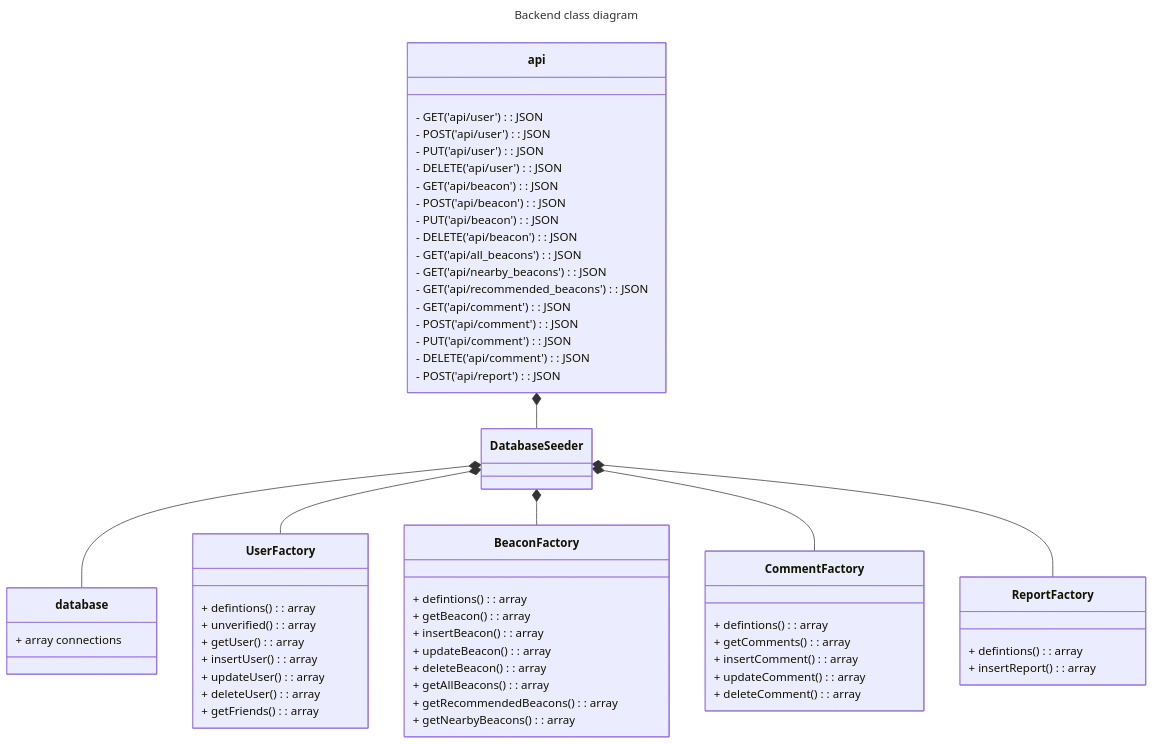
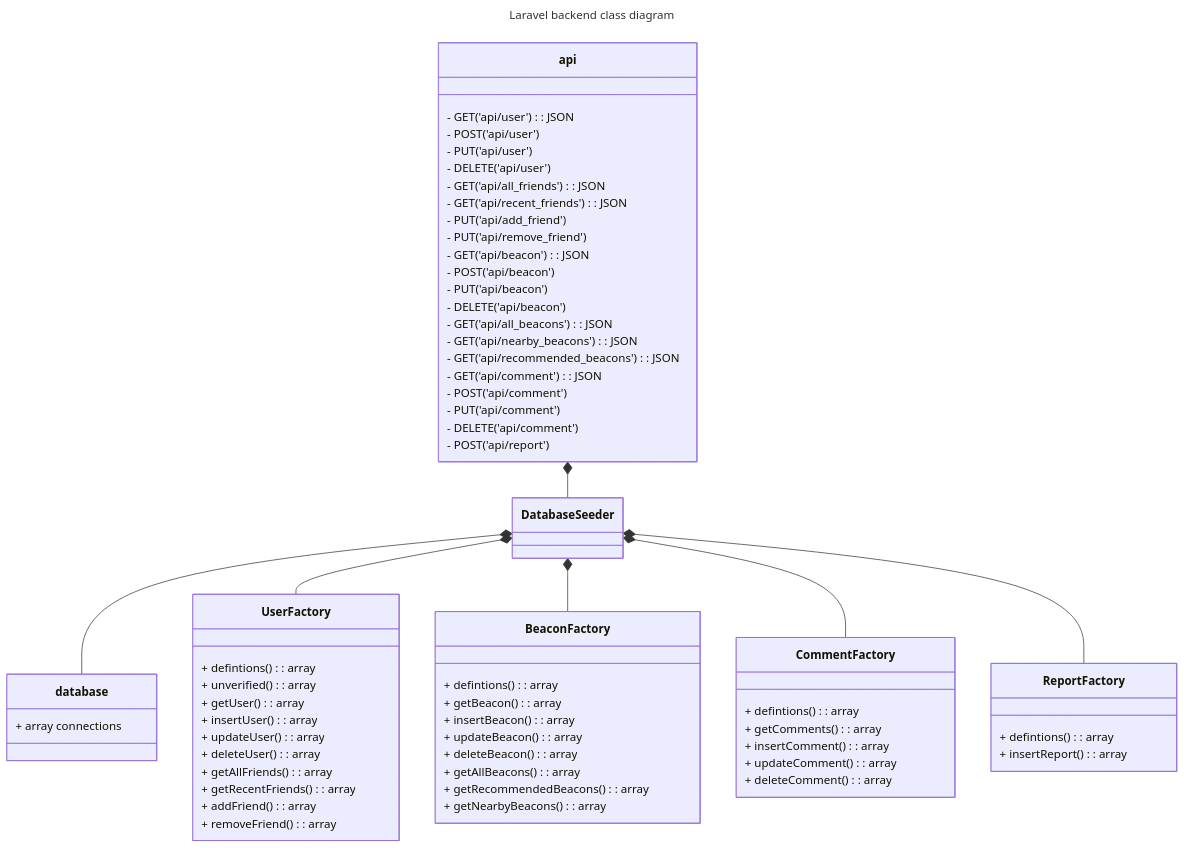
One commit to jenniferlieu/project-lomo-in-person-gaming-app changed the tenth of 10 diagrams in documentation/docs/system-architecture/classdiagrams.md. Above: the diagram before and after it, drawn with Mermaid. The commit also changed other lines of this file and 3 other files, not shown here.

Commit message:
Add description to frontend class diagram

````diff
--- a/documentation/docs/system-architecture/classdiagrams.md
+++ b/documentation/docs/system-architecture/classdiagrams.md
@@ -99,54 +245,45 @@
 ```mermaid
 ---
-title: Backend class diagram
+title: Laravel backend class diagram
 ---
 classDiagram
-    %% -- establish connections -- %%
-
-    %% top level connections %%%
     api *-- DatabaseSeeder
 
-    %% database connections %%
     DatabaseSeeder *-- database
     DatabaseSeeder *-- UserFactory
     DatabaseSeeder *-- BeaconFactory
     DatabaseSeeder *-- CommentFactory
     DatabaseSeeder *-- ReportFactory
     
-    %% --------------------------------- %%
-    %% -- class variables and methods -- %%
+    class api {
+        - GET('api/user'): JSON
+        - POST('api/user')
+        - PUT('api/user')
+        - DELETE('api/user')
+        - GET('api/all_friends'): JSON
+        - GET('api/recent_friends'): JSON
+        - PUT('api/add_friend')
+        - PUT('api/remove_friend')
 
-    class api {
-        %% UserFactory %%
-        - GET('api/user'): JSON
-        - POST('api/user'): JSON
-        - PUT('api/user'): JSON
-        - DELETE('api/user'): JSON
-
-        %% BeaconFactory %%
         - GET('api/beacon'): JSON
-        - POST('api/beacon'): JSON
-        - PUT('api/beacon'): JSON
-        - DELETE('api/beacon'): JSON
+        - POST('api/beacon')
+        - PUT('api/beacon')
+        - DELETE('api/beacon')
         - GET('api/all_beacons'): JSON
         - GET('api/nearby_beacons'): JSON
         - GET('api/recommended_beacons'): JSON
 
-        %% CommentFactory %%
         - GET('api/comment'): JSON
-        - POST('api/comment'): JSON
-        - PUT('api/comment'): JSON
-        - DELETE('api/comment'): JSON
+        - POST('api/comment')
+        - PUT('api/comment')
+        - DELETE('api/comment')
 
-        %% ReportFactory %%
-        - POST('api/report'): JSON
+        - POST('api/report')
     }
 
     class database{
         + array connections
     }
-
-    %% database/DatabaseSeeder.php %%
 
     class UserFactory{
         + defintions(): array 
@@ -155,7 +292,10 @@
         + insertUser(): array
         + updateUser(): array
         + deleteUser(): array
-        + getFriends(): array
+        + getAllFriends(): array
+        + getRecentFriends(): array
+        + addFriend(): array
+        + removeFriend(): array
     }
 
     class BeaconFactory{
````
